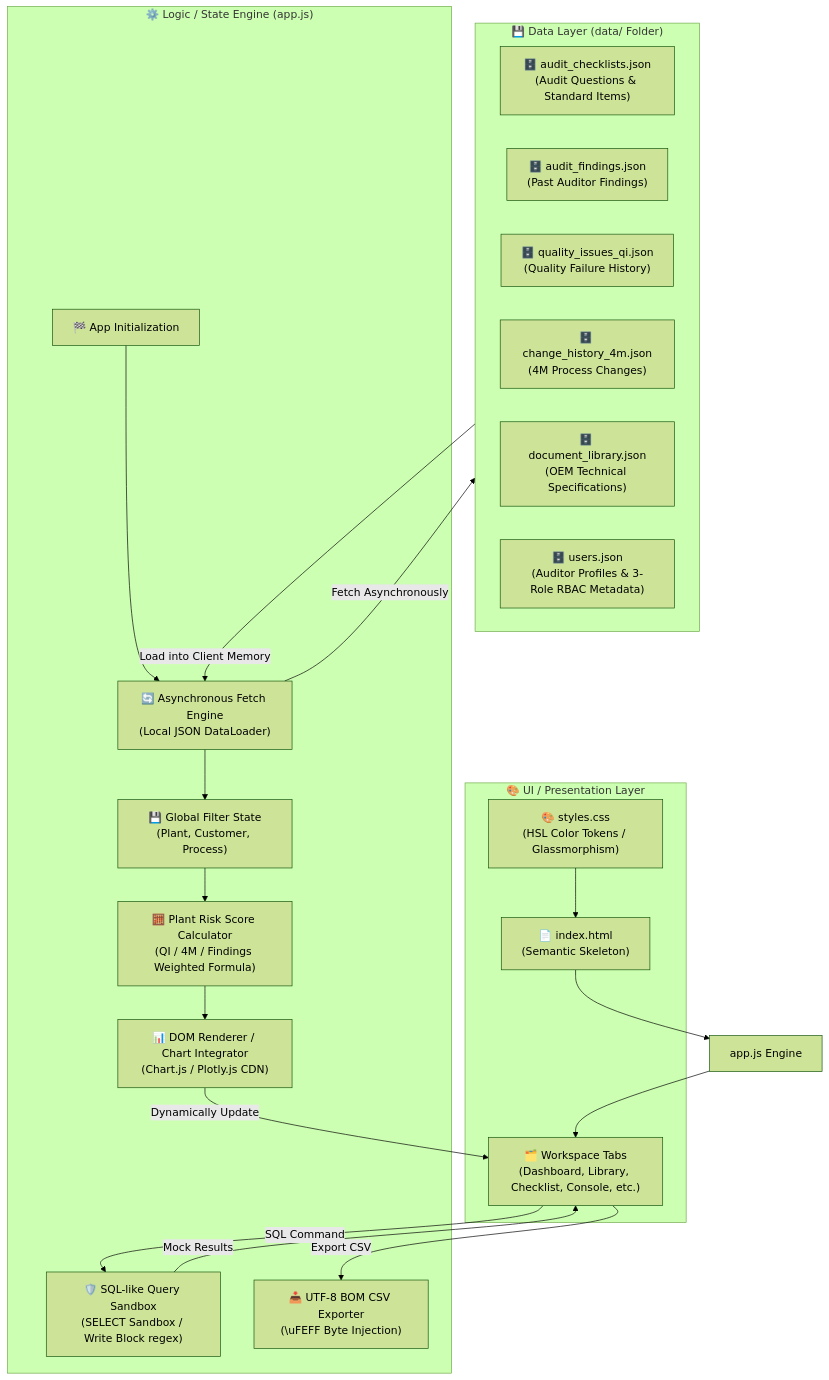
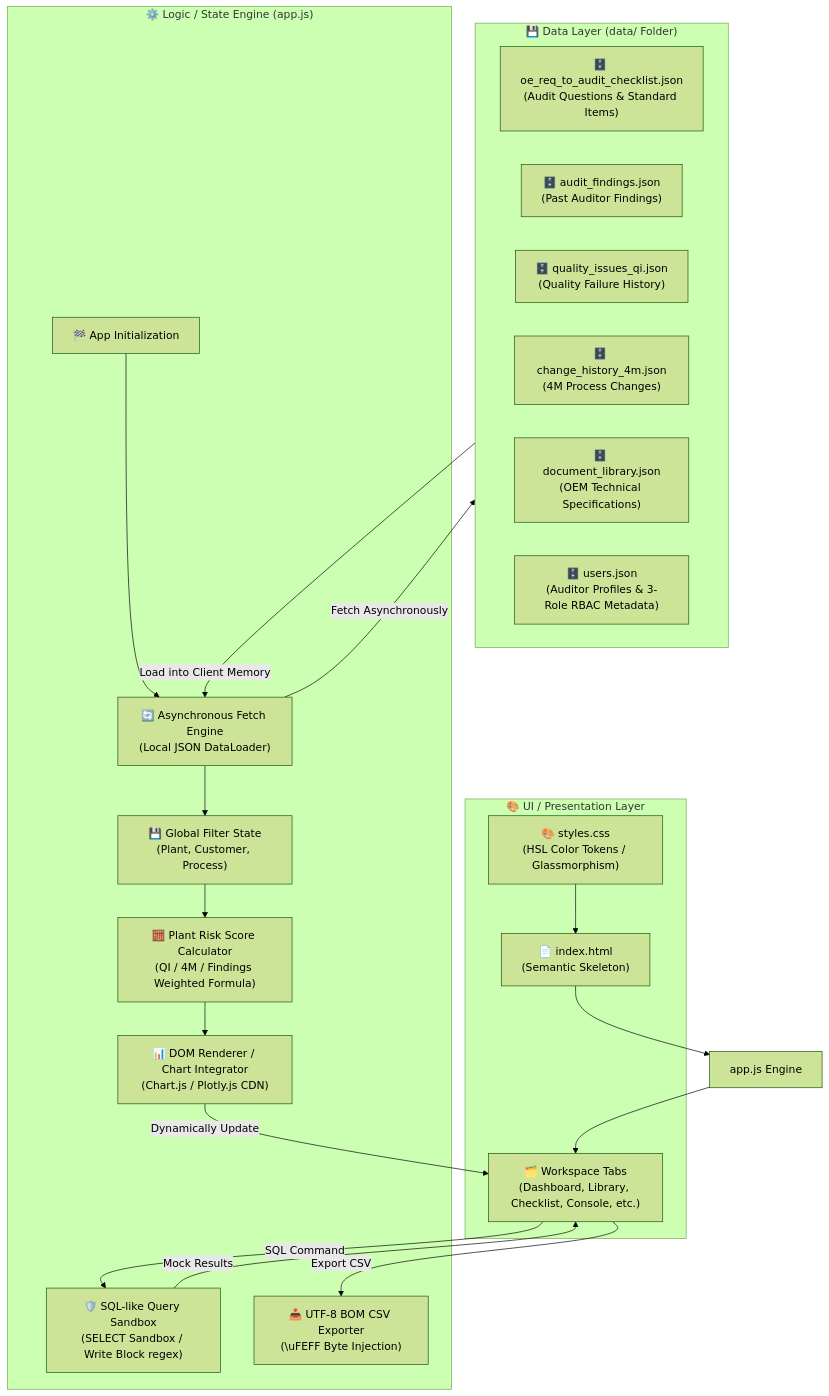
The diagram in context/12_project_structure_and_coding_rules.md (jumasi-34/RiskHunter), drawn with Mermaid (forest theme) before and after one commit. The commit also changed other lines of this file and 8 other files, not shown here.

Commit message:
refactor: rename data/audit_checklists.json to data/oe_req_to_audit_checklist.json and update references

````diff
--- a/context/12_project_structure_and_coding_rules.md
+++ b/context/12_project_structure_and_coding_rules.md
@@ -11,48 +11,48 @@
 ```mermaid
 graph TD
     subgraph UI_Layer ["🎨 UI / Presentation Layer"]
         HTML["📄 index.html<br>(Semantic Skeleton)"]
         CSS["🎨 styles.css<br>(HSL Color Tokens / Glassmorphism)"]
         Tab["🗂️ Workspace Tabs<br>(Dashboard, Library, Checklist, Console, etc.)"]
     end
 
     subgraph Logic_Layer ["⚙️ Logic / State Engine (app.js)"]
         Init["🏁 App Initialization"]
         FetchEngine["🔄 Asynchronous Fetch Engine<br>(Local JSON DataLoader)"]
         State["💾 Global Filter State<br>(Plant, Customer, Process)"]
         RiskCalc["🧮 Plant Risk Score Calculator<br>(QI / 4M / Findings Weighted Formula)"]
         UIRender["📊 DOM Renderer / Chart Integrator<br>(Chart.js / Plotly.js CDN)"]
         SQLSandbox["🛡️ SQL-like Query Sandbox<br>(SELECT Sandbox / Write Block regex)"]
         CSVExport["📥 UTF-8 BOM CSV Exporter<br>(\uFEFF Byte Injection)"]
     end
 
     subgraph Data_Layer ["💾 Data Layer (data/ Folder)"]
-        JSON_Checklist["🗄️ audit_checklists.json<br>(Audit Questions & Standard Items)"]
+        JSON_Checklist["🗄️ oe_req_to_audit_checklist.json<br>(Audit Questions & Standard Items)"]
         JSON_Findings["🗄️ audit_findings.json<br>(Past Auditor Findings)"]
         JSON_QI["🗄️ quality_issues_qi.json<br>(Quality Failure History)"]
         JSON_4M["🗄️ change_history_4m.json<br>(4M Process Changes)"]
         JSON_Doc["🗄️ document_library.json<br>(OEM Technical Specifications)"]
         JSON_Users["🗄️ users.json<br>(Auditor Profiles & 3-Role RBAC Metadata)"]
     end
 
     %% UI to Logic
     HTML --> AppJS["app.js Engine"]
     CSS --> HTML
     AppJS --> Tab
     
     %% Initialization flow
     Init --> FetchEngine
     FetchEngine -->|Fetch Asynchronously| Data_Layer
     Data_Layer -->|Load into Client Memory| FetchEngine
     FetchEngine --> State
     
     %% Logic operations
     State --> RiskCalc
     RiskCalc --> UIRender
     UIRender -->|Dynamically Update| Tab
     
     %% Security & Exports
     Tab -->|SQL Command| SQLSandbox
     SQLSandbox -->|Mock Results| Tab
     Tab -->|Export CSV| CSVExport
 ```
````
